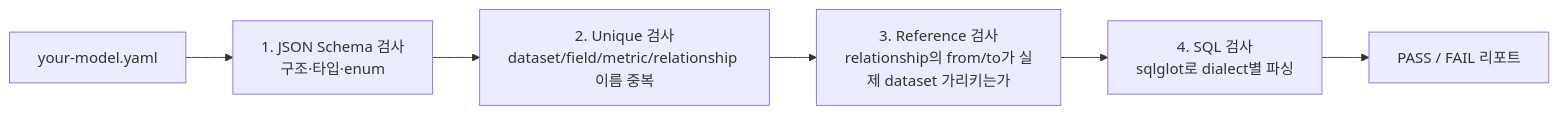
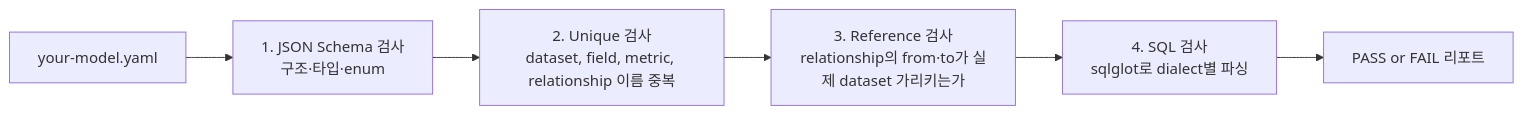
One commit to sangyun628/research changed the third of 8 diagrams in data-platforms/osi/OSI_적용_참고서.md. Above: the diagram before and after it, drawn with Mermaid. The commit also changed other lines of this file, not shown here.

First line of the commit message:
fix(osi): mermaid 다이어그램 8개 파싱 에러 수정

````diff
--- a/data-platforms/osi/OSI_적용_참고서.md
+++ b/data-platforms/osi/OSI_적용_참고서.md
@@ -403,9 +403,9 @@
 ```mermaid
 flowchart LR
-    YAML[your-model.yaml]
-    YAML --> S1[1. JSON Schema 검사<br/>구조·타입·enum]
-    S1 --> S2[2. Unique 검사<br/>dataset/field/metric/relationship 이름 중복]
-    S2 --> S3[3. Reference 검사<br/>relationship의 from/to가 실제 dataset 가리키는가]
-    S3 --> S4[4. SQL 검사<br/>sqlglot로 dialect별 파싱]
-    S4 --> Report[PASS / FAIL 리포트]
+    YAML["your-model.yaml"]
+    YAML --> S1["1. JSON Schema 검사<br/>구조·타입·enum"]
+    S1 --> S2["2. Unique 검사<br/>dataset, field, metric, relationship 이름 중복"]
+    S2 --> S3["3. Reference 검사<br/>relationship의 from·to가 실제 dataset 가리키는가"]
+    S3 --> S4["4. SQL 검사<br/>sqlglot로 dialect별 파싱"]
+    S4 --> Report["PASS or FAIL 리포트"]
 ```
````
